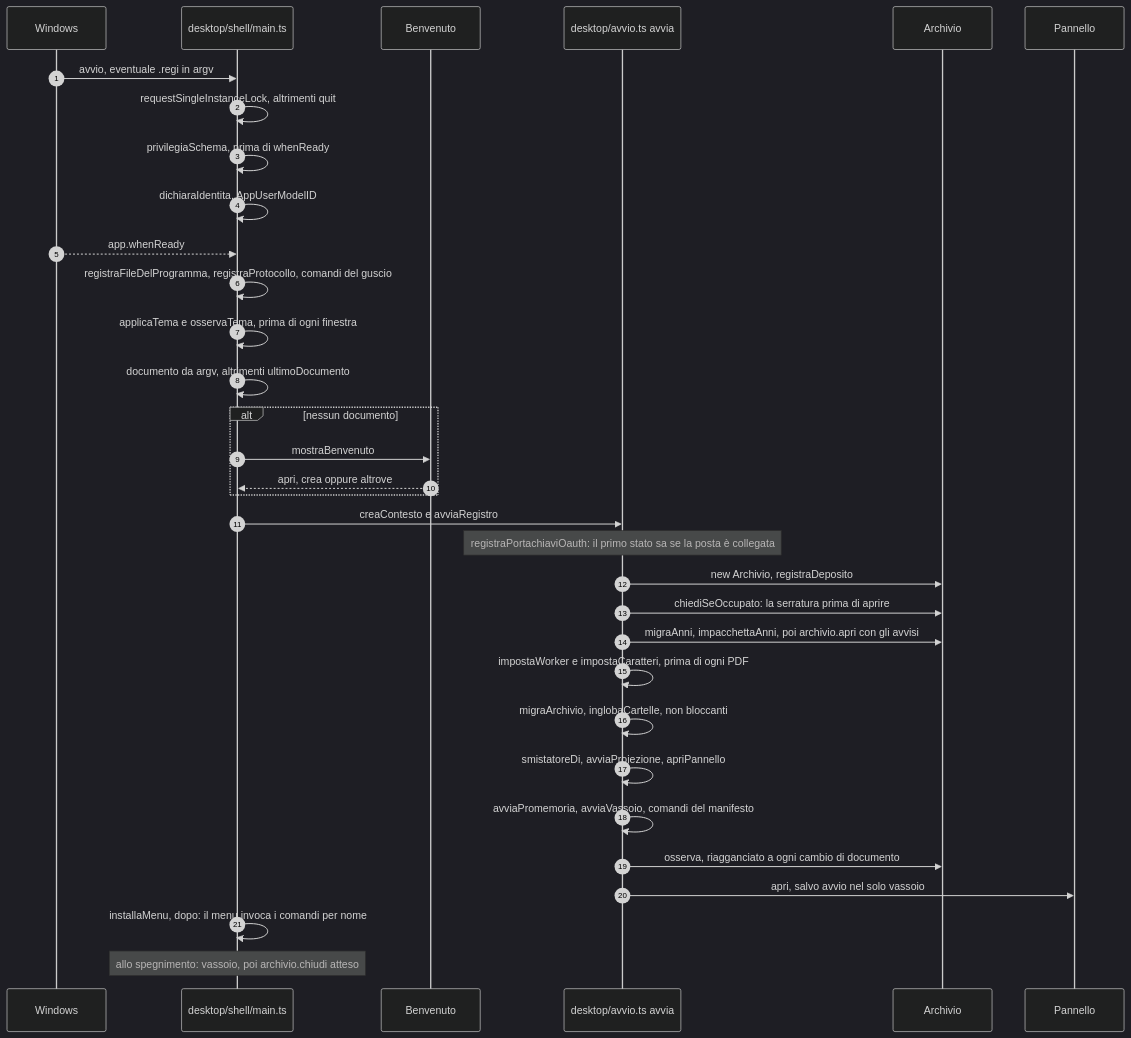
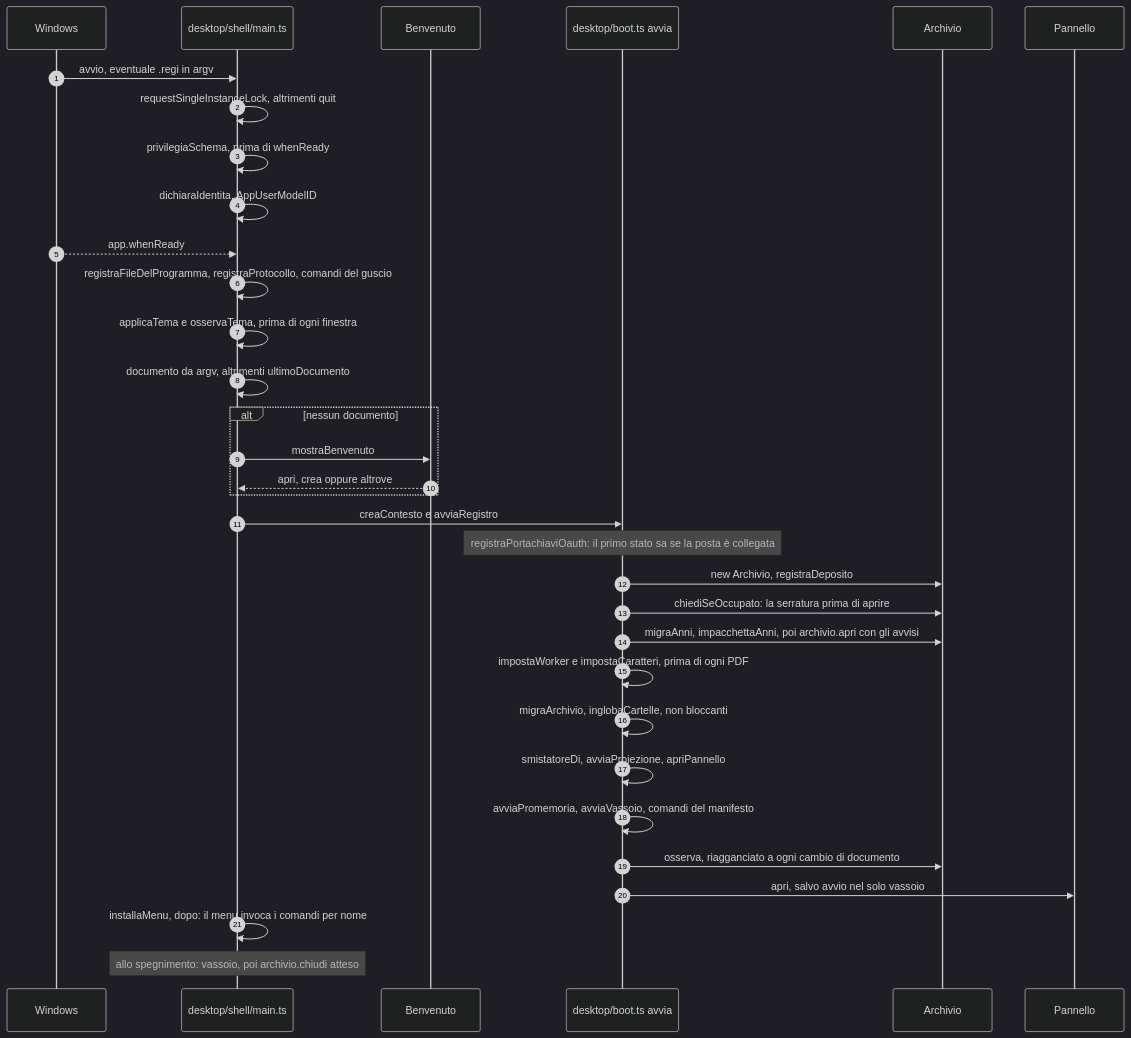
The fourth of 7 diagrams in docs/ARCHITETTURA.md (nabre/Registro), drawn with Mermaid (dark theme) before and after one commit. The commit also changed other lines of this file and 45 other files, not shown here.

````diff
--- a/docs/ARCHITETTURA.md
+++ b/docs/ARCHITETTURA.md
@@ -285,36 +285,36 @@
 ```mermaid
 sequenceDiagram
   autonumber
   participant OS as Windows
   participant P as desktop/shell/main.ts
   participant B as Benvenuto
-  participant A as desktop/avvio.ts avvia
+  participant A as desktop/boot.ts avvia
   participant AR as Archivio
   participant PN as Pannello
 
   OS->>P: avvio, eventuale .regi in argv
   P->>P: requestSingleInstanceLock, altrimenti quit
   P->>P: privilegiaSchema, prima di whenReady
   P->>P: dichiaraIdentita, AppUserModelID
   OS-->>P: app.whenReady
   P->>P: registraFileDelProgramma, registraProtocollo, comandi del guscio
   P->>P: applicaTema e osservaTema, prima di ogni finestra
   P->>P: documento da argv, altrimenti ultimoDocumento
   alt nessun documento
     P->>B: mostraBenvenuto
     B-->>P: apri, crea oppure altrove
   end
   P->>A: creaContesto e avviaRegistro
   Note over A: registraPortachiaviOauth: il primo stato sa se la posta è collegata
   A->>AR: new Archivio, registraDeposito
   A->>AR: chiediSeOccupato: la serratura prima di aprire
   A->>AR: migraAnni, impacchettaAnni, poi archivio.apri con gli avvisi
   A->>A: impostaWorker e impostaCaratteri, prima di ogni PDF
   A->>A: migraArchivio, inglobaCartelle, non bloccanti
   A->>A: smistatoreDi, avviaProiezione, apriPannello
   A->>A: avviaPromemoria, avviaVassoio, comandi del manifesto
   A->>AR: osserva, riagganciato a ogni cambio di documento
   A->>PN: apri, salvo avvio nel solo vassoio
   P->>P: installaMenu, dopo: il menu invoca i comandi per nome
   Note over P: allo spegnimento: vassoio, poi archivio.chiudi atteso
 ```
````
